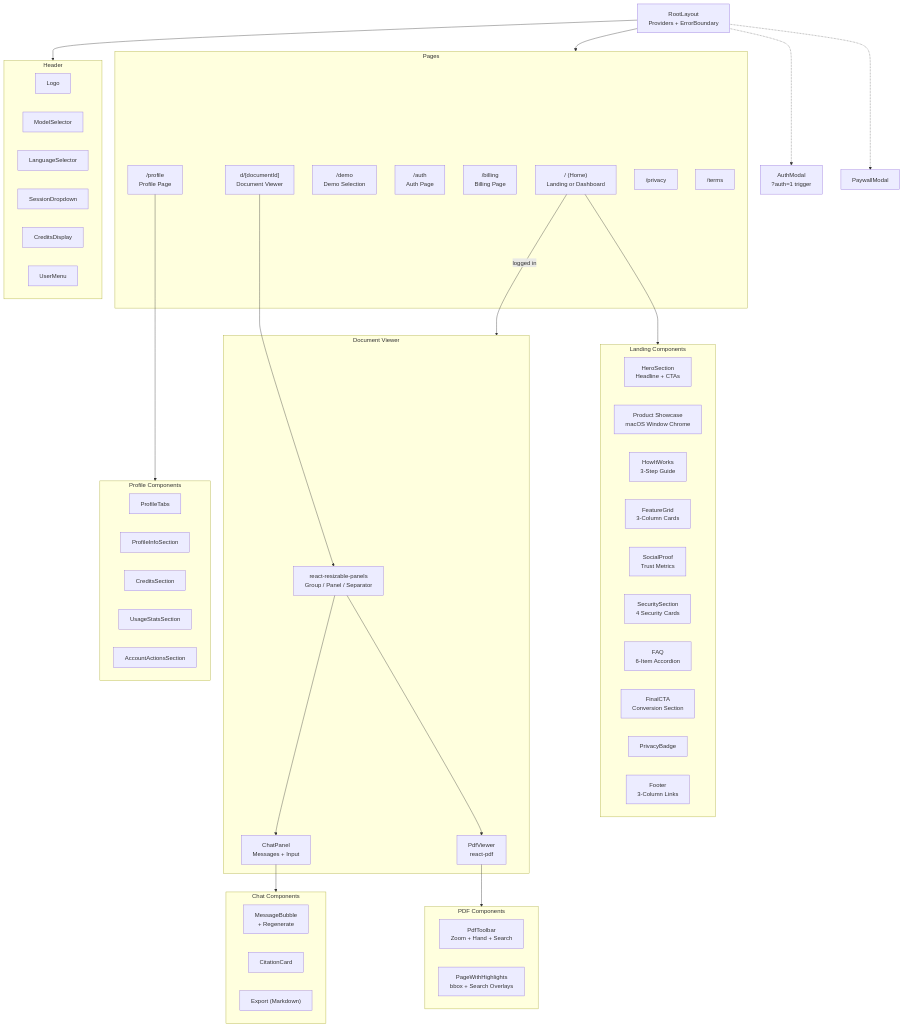
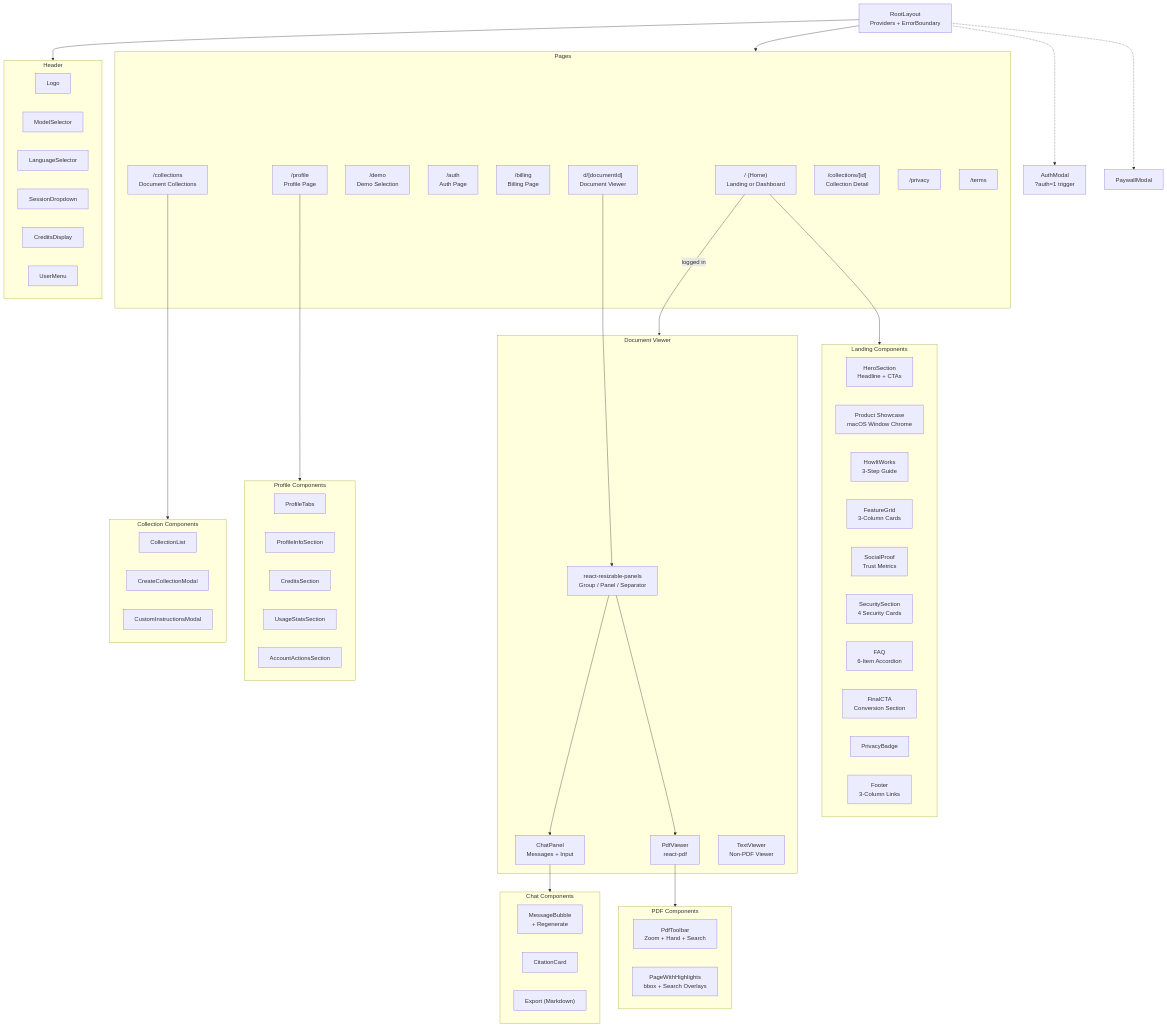
One commit to Rswcf/DocTalk changed the seventh of 8 diagrams in docs/ARCHITECTURE.md. Above: the diagram before and after it, drawn with Mermaid. The commit also changed other lines of this file and 52 other files, not shown here.

First line of the commit message:
feat: Phase 1 product strategy — custom instructions, multi-format, URL import, collections, analytics

```diff
--- a/docs/ARCHITECTURE.md
+++ b/docs/ARCHITECTURE.md
@@ -476,6 +495,8 @@
         Auth["/auth<br/>Auth Page"]
         Billing["/billing<br/>Billing Page"]
         Profile["/profile<br/>Profile Page"]
+        Collections["/collections<br/>Document Collections"]
+        CollDetail["/collections/[id]<br/>Collection Detail"]
         Privacy["/privacy"]
         Terms["/terms"]
     end
@@ -506,6 +527,7 @@
         ResizablePanels["react-resizable-panels<br/>Group / Panel / Separator"]
         ChatPanel["ChatPanel<br/>Messages + Input"]
         PdfViewer["PdfViewer<br/>react-pdf"]
+        TextViewer["TextViewer<br/>Non-PDF Viewer"]
     end
 
     subgraph ChatComp["Chat Components"]
@@ -527,6 +549,12 @@
         AccountSec["AccountActionsSection"]
     end
 
+    subgraph CollComp["Collection Components"]
+        CollList["CollectionList"]
+        CreateColl["CreateCollectionModal"]
+        CustomInst["CustomInstructionsModal"]
+    end
+
     Layout --> Pages
     Layout --> HeaderComp
     Home --> LandingComp
@@ -537,6 +565,7 @@
     ChatPanel --> ChatComp
     PdfViewer --> PdfComp
     Profile --> ProfileComp
+    Collections --> CollComp
 
     AuthModal["AuthModal<br/>?auth=1 trigger"]
     PaywallMod["PaywallModal"]
```
